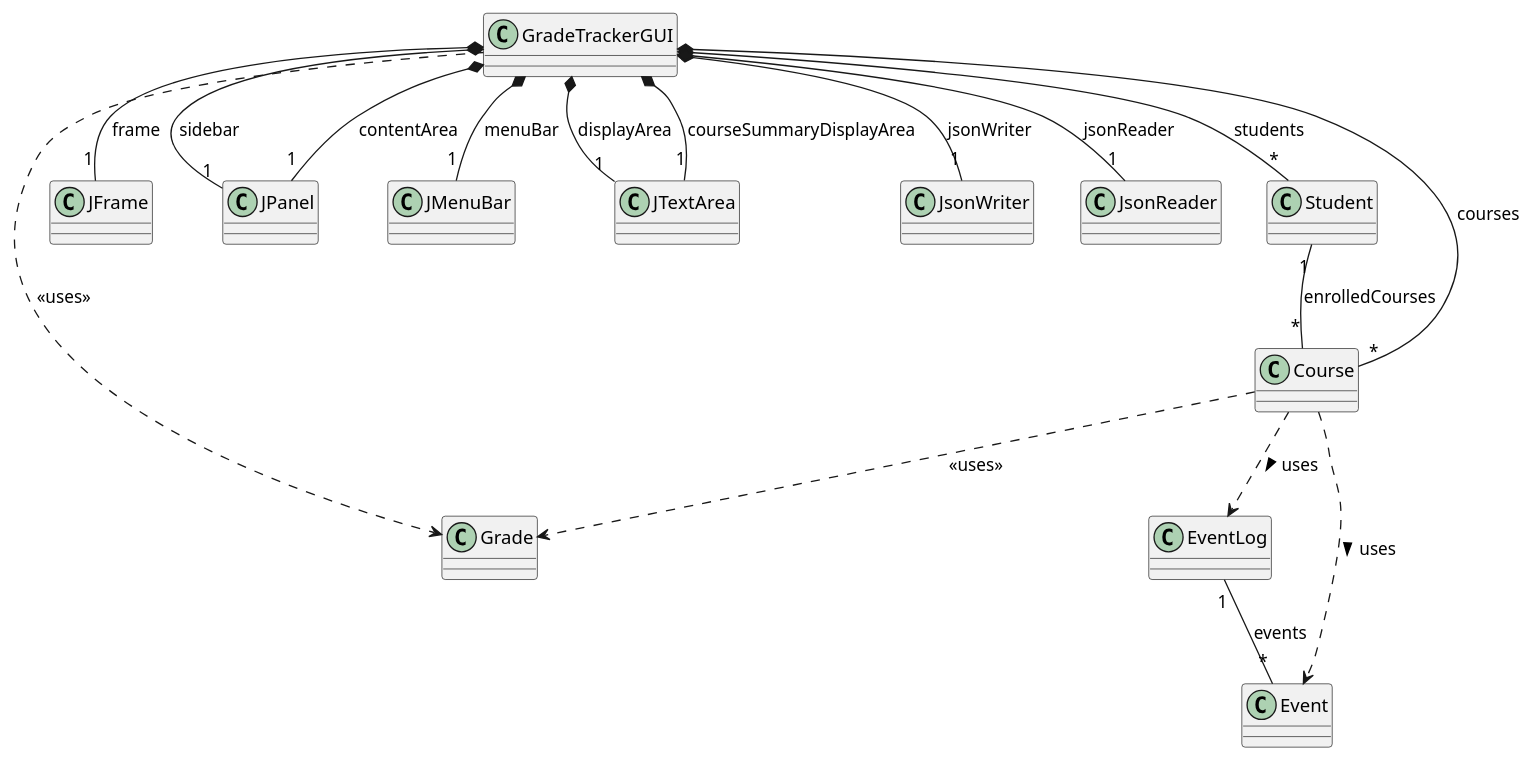
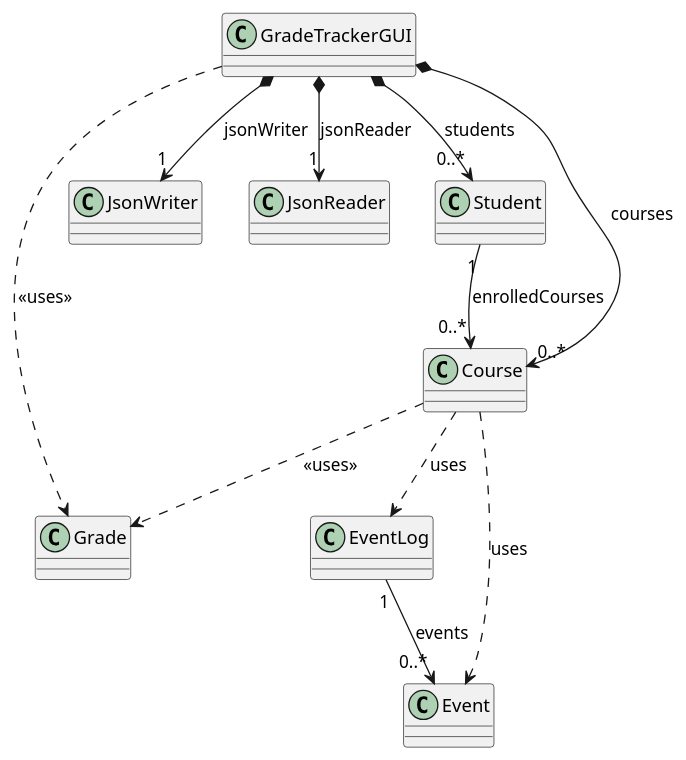
One commit to jb3982/Grade-Tracker-App changed the diagram in src/main/ui/UML DIAGRAM.puml. Above: the diagram before and after it, drawn with PlantUML. The commit also changed 2 other files, not shown here.

```diff
--- a/src/main/ui/UML DIAGRAM.puml
+++ b/src/main/ui/UML DIAGRAM.puml
@@ -1,59 +1,41 @@
 @startuml
 
 class GradeTrackerGUI {
 }
 
 class Grade {
-}
-
-class JFrame {
-}
-
-class JPanel {
-}
-
-class JMenuBar {
-}
-
-class JTextArea {
 }
 
 class JsonWriter {
 }
 
 class JsonReader {
 }
 
 class Student {
 }
 
 class Course {
 }
 
 class EventLog {
 }
 
 class Event {
 }
 
-GradeTrackerGUI *-- "1" JFrame : frame
-GradeTrackerGUI *-- "1" JPanel : sidebar
-GradeTrackerGUI *-- "1" JPanel : contentArea
-GradeTrackerGUI *-- "1" JMenuBar : menuBar
-GradeTrackerGUI *-- "1" JTextArea : displayArea
-GradeTrackerGUI *-- "1" JTextArea : courseSummaryDisplayArea
-GradeTrackerGUI *-- "*" Student : students
-GradeTrackerGUI *-- "*" Course : courses
-GradeTrackerGUI *-- "1" JsonWriter : jsonWriter
-GradeTrackerGUI *-- "1" JsonReader : jsonReader
+GradeTrackerGUI *--> "0..*" Student : students
+GradeTrackerGUI *--> "0..*" Course : courses
+GradeTrackerGUI *--> "1" JsonWriter : jsonWriter
+GradeTrackerGUI *--> "1" JsonReader : jsonReader
 GradeTrackerGUI ..> Grade : <<uses>>
 
-Student "1" -- "*" Course : enrolledCourses
+Student "1" --> "0..*" Course : enrolledCourses
 
-Course ..> EventLog : uses >
-Course ..> Event : uses >
+Course ..> EventLog : uses
+Course ..> Event : uses
 Course ..> Grade : <<uses>>
 
-EventLog "1" -- "*" Event : events
+EventLog "1" --> "0..*" Event : events
 
 @enduml
```
